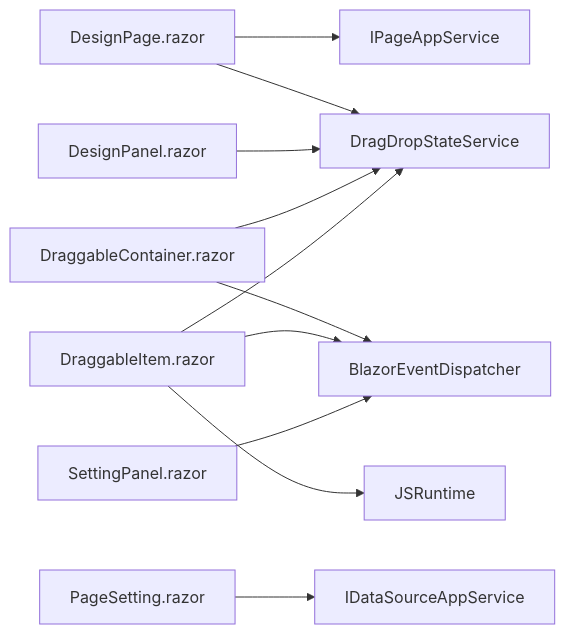
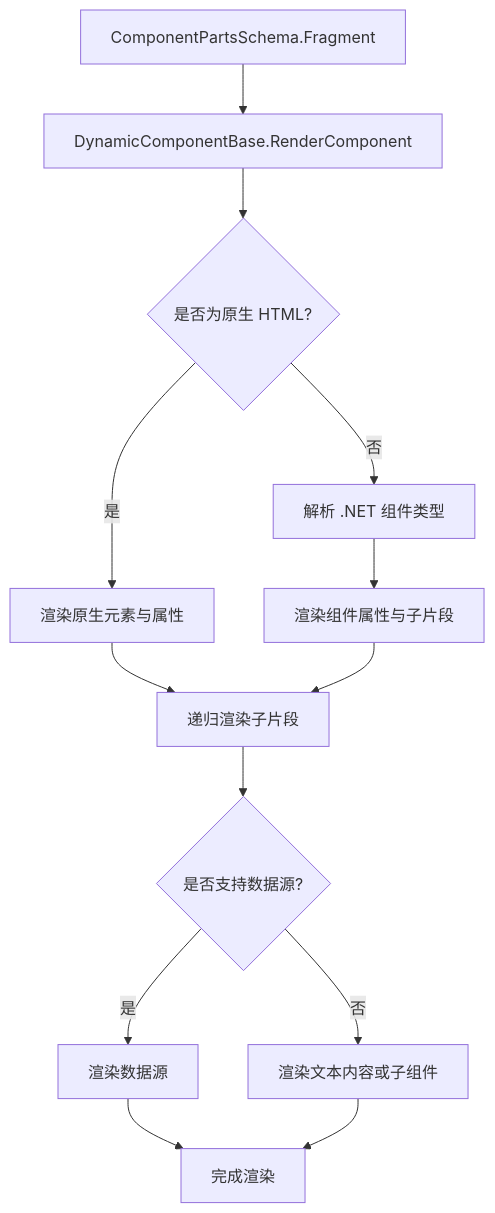
Before and after one commit to openlowcodelab/lowcode: the fifth of 5 diagrams in .qoder/repowiki/zh/content/低代码平台/设计引擎/页面设计器.md, drawn with Mermaid. The commit also changed other lines of this file and 223 other files, not shown here.

````diff
--- a/.qoder/repowiki/zh/content/低代码平台/设计引擎/页面设计器.md
+++ b/.qoder/repowiki/zh/content/低代码平台/设计引擎/页面设计器.md
@@ -431,13 +353,15 @@
 ```mermaid
-graph LR
-    DesignPage["DesignPage.razor"] --> IPageAppService["IPageAppService"]
-    DesignPage --> DragDropStateService["DragDropStateService"]
-    DesignPanel["DesignPanel.razor"] --> DragDropStateService
-    DraggableContainer["DraggableContainer.razor"] --> DragDropStateService
-    DraggableContainer --> EventBus["BlazorEventDispatcher"]
-    DraggableItem["DraggableItem.razor"] --> DragDropStateService
-    DraggableItem --> EventBus
-    DraggableItem --> JSRuntime["JSRuntime"]
-    SettingPanel["SettingPanel.razor"] --> EventBus
-    PageSetting["PageSetting.razor"] --> DataSrcApp["IDataSourceAppService"]
+flowchart TD
+    S["ComponentPartsSchema.Fragment"] --> R["DynamicComponentBase.RenderComponent"]
+    R --> CheckType{"是否为原生 HTML?"}
+    CheckType -->|是| RenderNative["渲染原生元素与属性"]
+    CheckType -->|否| ResolveType["解析 .NET 组件类型"]
+    ResolveType --> RenderComp["渲染组件属性与子片段"]
+    RenderNative --> ChildFragments["递归渲染子片段"]
+    RenderComp --> ChildFragments
+    ChildFragments --> DataSource{"是否支持数据源?"}
+    DataSource -->|是| RenderDS["渲染数据源"]
+    DataSource -->|否| RenderContent["渲染文本内容或子组件"]
+    RenderDS --> Done["完成渲染"]
+    RenderContent --> Done
 ```
````
